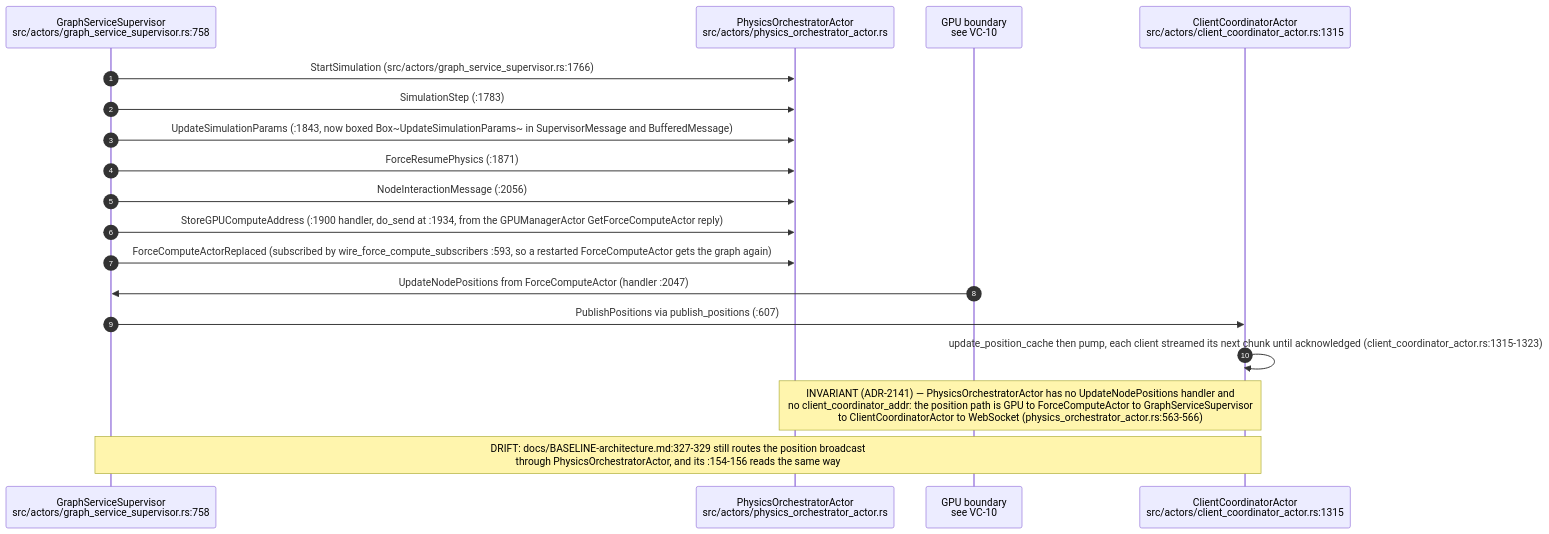
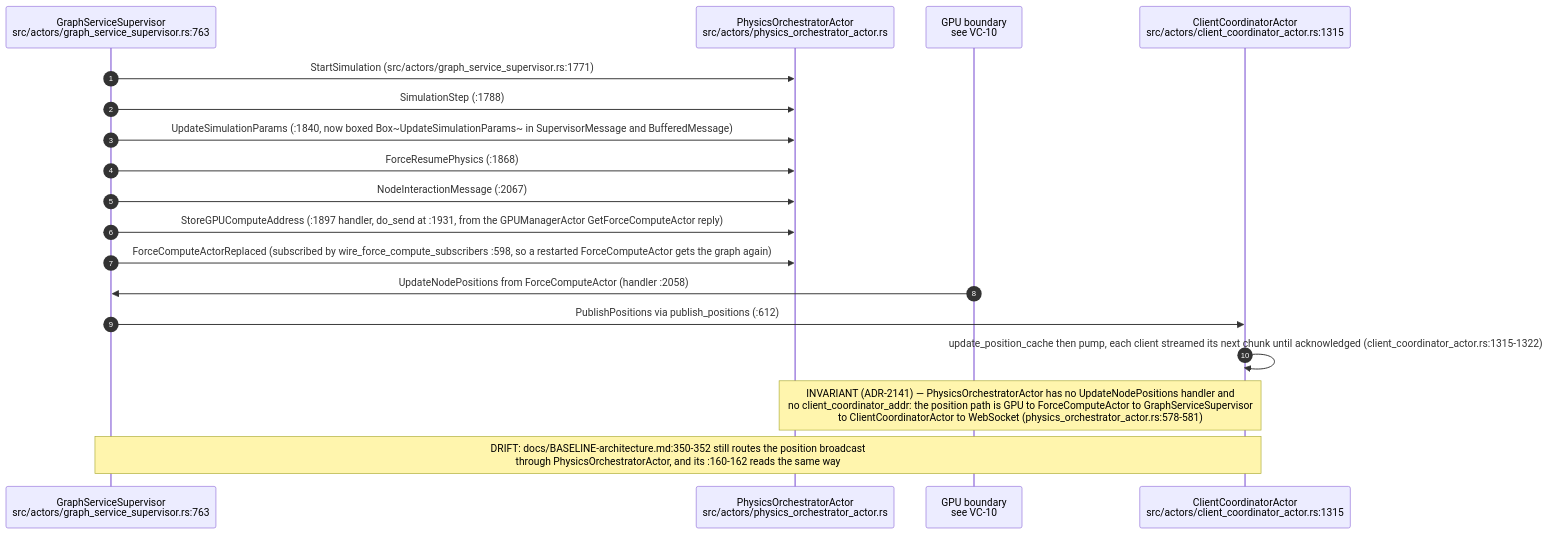
One commit to DreamLab-AI/VisionFlow changed the tenth of 14 diagrams in docs/diagrams/visionclaw/02-actor-supervision.md. Above: the diagram before and after it, drawn with Mermaid. The commit also changed other lines of this file and 173 other files, not shown here.

````diff
--- a/docs/diagrams/visionclaw/02-actor-supervision.md
+++ b/docs/diagrams/visionclaw/02-actor-supervision.md
@@ -415,21 +419,21 @@
 ```mermaid
 sequenceDiagram
     autonumber
-    participant GSS as GraphServiceSupervisor<br/>src/actors/graph_service_supervisor.rs:758
+    participant GSS as GraphServiceSupervisor<br/>src/actors/graph_service_supervisor.rs:763
     participant PO as PhysicsOrchestratorActor<br/>src/actors/physics_orchestrator_actor.rs
     participant GPU as GPU boundary<br/>see VC-10
     participant CC as ClientCoordinatorActor<br/>src/actors/client_coordinator_actor.rs:1315
 
-    GSS->>PO: StartSimulation (src/actors/graph_service_supervisor.rs:1766)
-    GSS->>PO: SimulationStep (:1783)
-    GSS->>PO: UpdateSimulationParams (:1843, now boxed Box~UpdateSimulationParams~ in SupervisorMessage and BufferedMessage)
-    GSS->>PO: ForceResumePhysics (:1871)
-    GSS->>PO: NodeInteractionMessage (:2056)
-    GSS->>PO: StoreGPUComputeAddress (:1900 handler, do_send at :1934, from the GPUManagerActor GetForceComputeActor reply)
-    GSS->>PO: ForceComputeActorReplaced (subscribed by wire_force_compute_subscribers :593, so a restarted ForceComputeActor gets the graph again)
-    GPU->>GSS: UpdateNodePositions from ForceComputeActor (handler :2047)
-    GSS->>CC: PublishPositions via publish_positions (:607)
-    CC->>CC: update_position_cache then pump, each client streamed its next chunk until acknowledged (client_coordinator_actor.rs:1315-1323)
-    Note over PO,CC: INVARIANT (ADR-2141) — PhysicsOrchestratorActor has no UpdateNodePositions handler and<br/>no client_coordinator_addr: the position path is GPU to ForceComputeActor to GraphServiceSupervisor<br/>to ClientCoordinatorActor to WebSocket (physics_orchestrator_actor.rs:563-566)
-    Note over GSS,CC: DRIFT: docs/BASELINE-architecture.md:327-329 still routes the position broadcast<br/>through PhysicsOrchestratorActor, and its :154-156 reads the same way
+    GSS->>PO: StartSimulation (src/actors/graph_service_supervisor.rs:1771)
+    GSS->>PO: SimulationStep (:1788)
+    GSS->>PO: UpdateSimulationParams (:1840, now boxed Box~UpdateSimulationParams~ in SupervisorMessage and BufferedMessage)
+    GSS->>PO: ForceResumePhysics (:1868)
+    GSS->>PO: NodeInteractionMessage (:2067)
+    GSS->>PO: StoreGPUComputeAddress (:1897 handler, do_send at :1931, from the GPUManagerActor GetForceComputeActor reply)
+    GSS->>PO: ForceComputeActorReplaced (subscribed by wire_force_compute_subscribers :598, so a restarted ForceComputeActor gets the graph again)
+    GPU->>GSS: UpdateNodePositions from ForceComputeActor (handler :2058)
+    GSS->>CC: PublishPositions via publish_positions (:612)
+    CC->>CC: update_position_cache then pump, each client streamed its next chunk until acknowledged (client_coordinator_actor.rs:1315-1322)
+    Note over PO,CC: INVARIANT (ADR-2141) — PhysicsOrchestratorActor has no UpdateNodePositions handler and<br/>no client_coordinator_addr: the position path is GPU to ForceComputeActor to GraphServiceSupervisor<br/>to ClientCoordinatorActor to WebSocket (physics_orchestrator_actor.rs:578-581)
+    Note over GSS,CC: DRIFT: docs/BASELINE-architecture.md:350-352 still routes the position broadcast<br/>through PhysicsOrchestratorActor, and its :160-162 reads the same way
 ```
````
